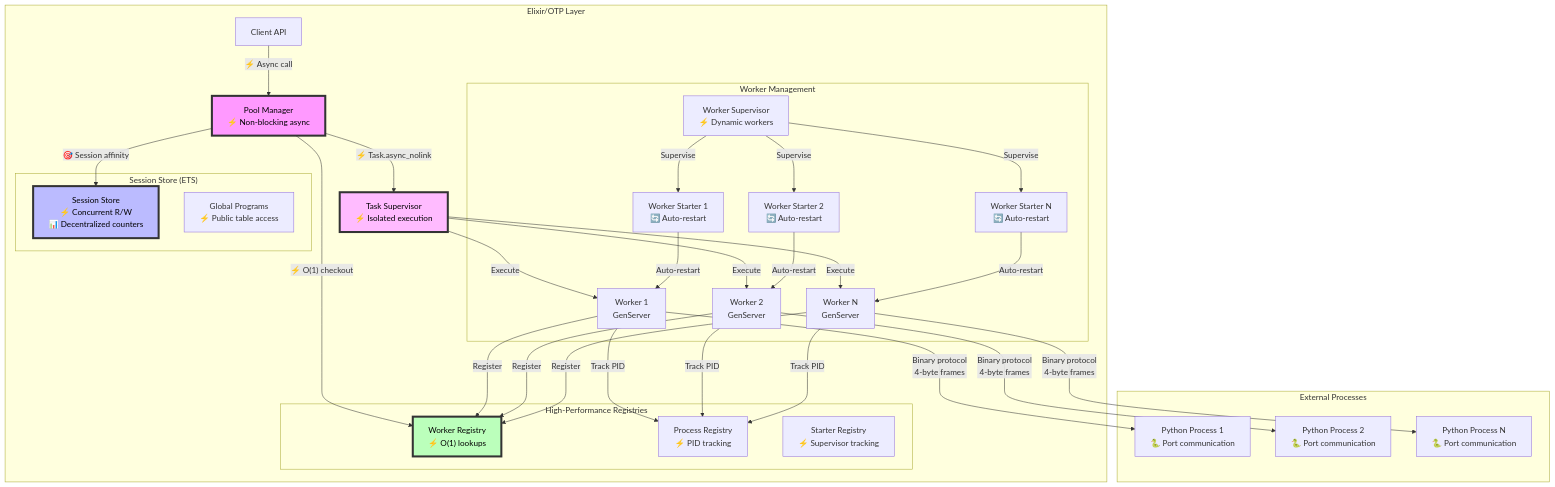
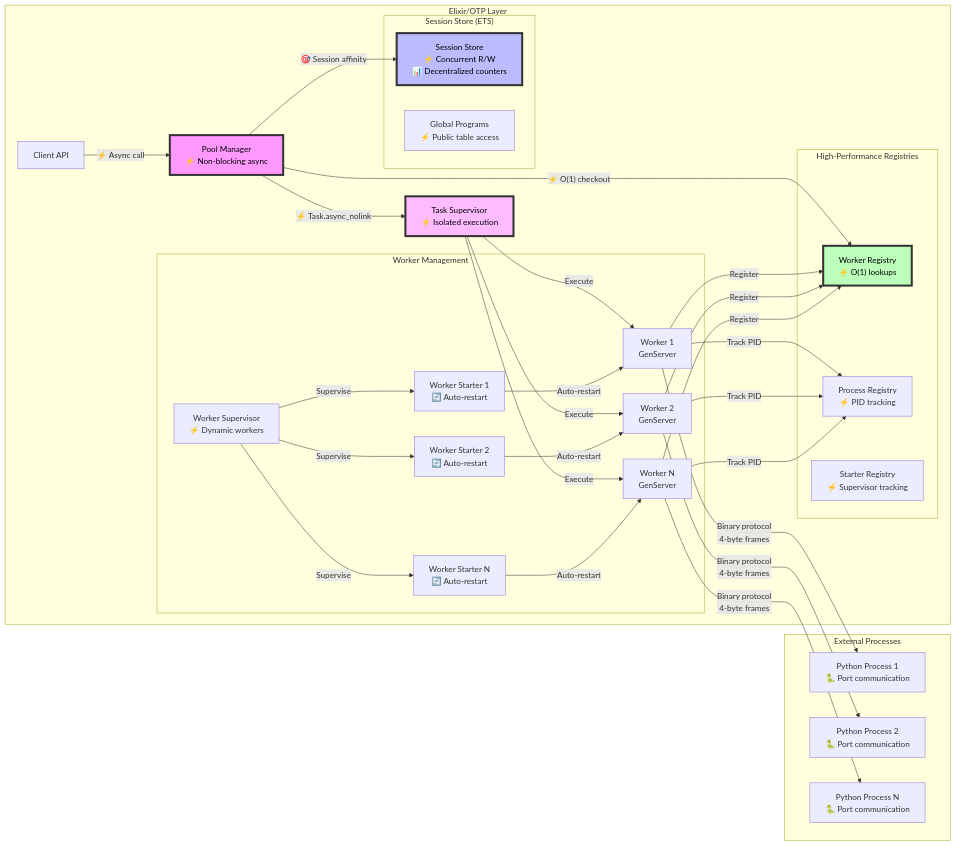
One commit to nshkrdotcom/snakepit changed the first of 7 diagrams in DIAGS.md. Above: the diagram before and after it, drawn with Mermaid.

````diff
--- a/DIAGS.md
+++ b/DIAGS.md
@@ -5,68 +5,68 @@
 ```mermaid
-graph TB
+graph LR
     subgraph "Elixir/OTP Layer"
         Client["Client API"]
         Pool["Pool Manager<br/>⚡ Non-blocking async"]
         TaskSup["Task Supervisor<br/>⚡ Isolated execution"]
         
         subgraph "Worker Management"
             WorkerSup["Worker Supervisor<br/>⚡ Dynamic workers"]
             Starter1["Worker Starter 1<br/>🔄 Auto-restart"]
             Starter2["Worker Starter 2<br/>🔄 Auto-restart"]
             StarterN["Worker Starter N<br/>🔄 Auto-restart"]
             Worker1["Worker 1<br/>GenServer"]
             Worker2["Worker 2<br/>GenServer"]
             WorkerN["Worker N<br/>GenServer"]
         end
         
         subgraph "High-Performance Registries"
             Registry["Worker Registry<br/>⚡ O(1) lookups"]
             ProcReg["Process Registry<br/>⚡ PID tracking"]
             StarterReg["Starter Registry<br/>⚡ Supervisor tracking"]
         end
         
         subgraph "Session Store (ETS)"
             SessionStore["Session Store<br/>⚡ Concurrent R/W<br/>📊 Decentralized counters"]
             GlobalPrograms["Global Programs<br/>⚡ Public table access"]
         end
     end
     
     subgraph "External Processes"
         Python1["Python Process 1<br/>🐍 Port communication"]
         Python2["Python Process 2<br/>🐍 Port communication"]
         PythonN["Python Process N<br/>🐍 Port communication"]
     end
     
     Client -->|"⚡ Async call"| Pool
     Pool -->|"⚡ O(1) checkout"| Registry
     Pool -->|"🎯 Session affinity"| SessionStore
     Pool -->|"⚡ Task.async_nolink"| TaskSup
     TaskSup -->|Execute| Worker1
     TaskSup -->|Execute| Worker2
     TaskSup -->|Execute| WorkerN
     
     WorkerSup -->|Supervise| Starter1
     WorkerSup -->|Supervise| Starter2
     WorkerSup -->|Supervise| StarterN
     
     Starter1 -->|Auto-restart| Worker1
     Starter2 -->|Auto-restart| Worker2
     StarterN -->|Auto-restart| WorkerN
     
     Worker1 -->|Binary protocol<br/>4-byte frames| Python1
     Worker2 -->|Binary protocol<br/>4-byte frames| Python2
     WorkerN -->|Binary protocol<br/>4-byte frames| PythonN
     
     Worker1 -->|Register| Registry
     Worker2 -->|Register| Registry
     WorkerN -->|Register| Registry
     
     Worker1 -->|Track PID| ProcReg
     Worker2 -->|Track PID| ProcReg
     WorkerN -->|Track PID| ProcReg
     
     style Pool fill:#f9f,stroke:#333,stroke-width:4px,color:#000
     style SessionStore fill:#bbf,stroke:#333,stroke-width:4px,color:#000
     style Registry fill:#bfb,stroke:#333,stroke-width:4px,color:#000
     style TaskSup fill:#fbf,stroke:#333,stroke-width:4px,color:#000
 ```
````
